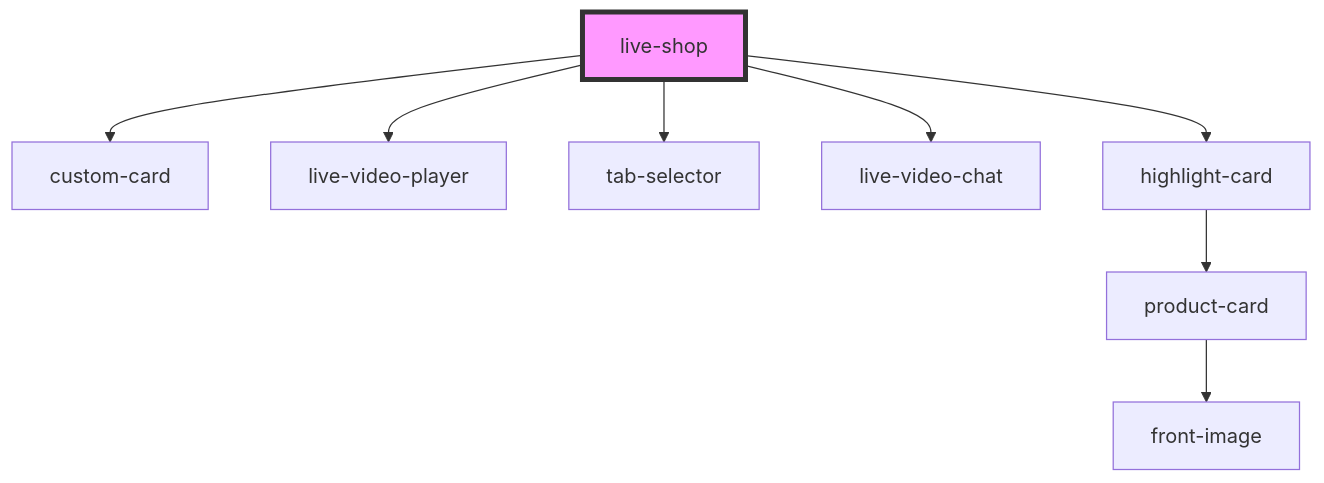
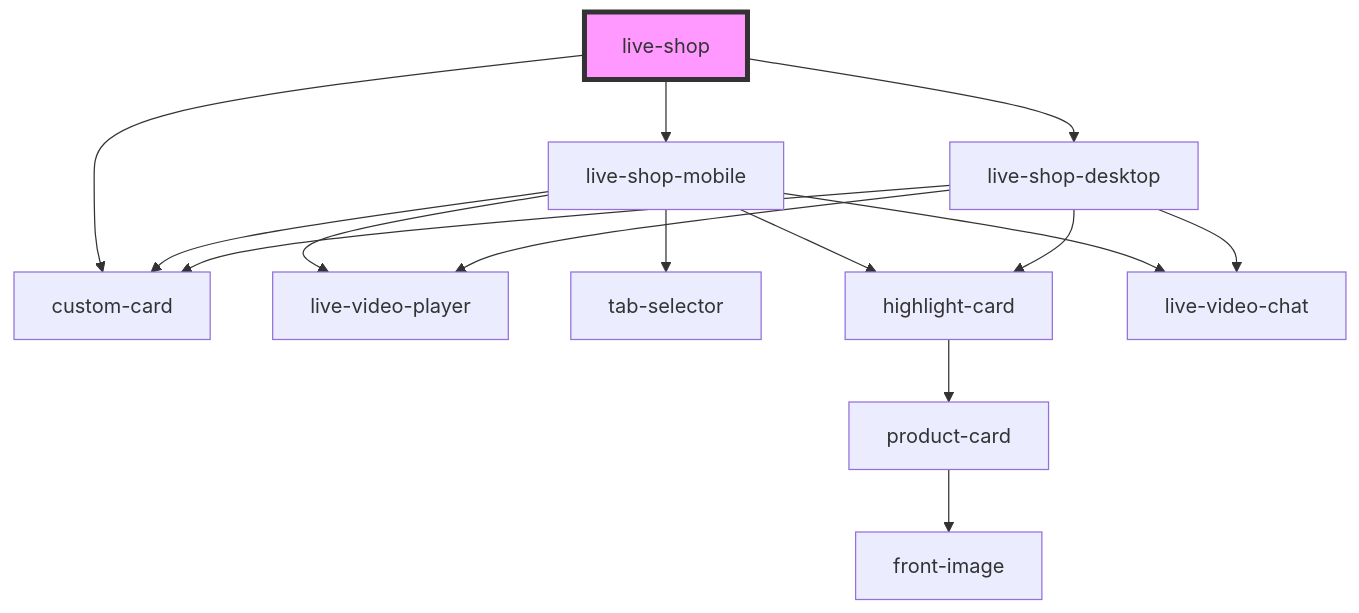
Before and after one commit to commerce-suite/storefront-components: the diagram in src/components/live-shop/readme.md, drawn with Mermaid. The commit also changed other lines of this file and 14 other files, not shown here.

Commit message:
refactor: criação de componentes separados para visualização mobile/desktop

````diff
--- a/src/components/live-shop/readme.md
+++ b/src/components/live-shop/readme.md
@@ -27,11 +25,18 @@
 ```mermaid
 graph TD;
   live-shop --> custom-card
-  live-shop --> live-video-player
-  live-shop --> tab-selector
-  live-shop --> live-video-chat
-  live-shop --> highlight-card
+  live-shop --> live-shop-mobile
+  live-shop --> live-shop-desktop
+  live-shop-mobile --> live-video-player
+  live-shop-mobile --> custom-card
+  live-shop-mobile --> tab-selector
+  live-shop-mobile --> highlight-card
+  live-shop-mobile --> live-video-chat
   highlight-card --> product-card
   product-card --> front-image
+  live-shop-desktop --> live-video-player
+  live-shop-desktop --> live-video-chat
+  live-shop-desktop --> highlight-card
+  live-shop-desktop --> custom-card
   style live-shop fill:#f9f,stroke:#333,stroke-width:4px
 ```
````
